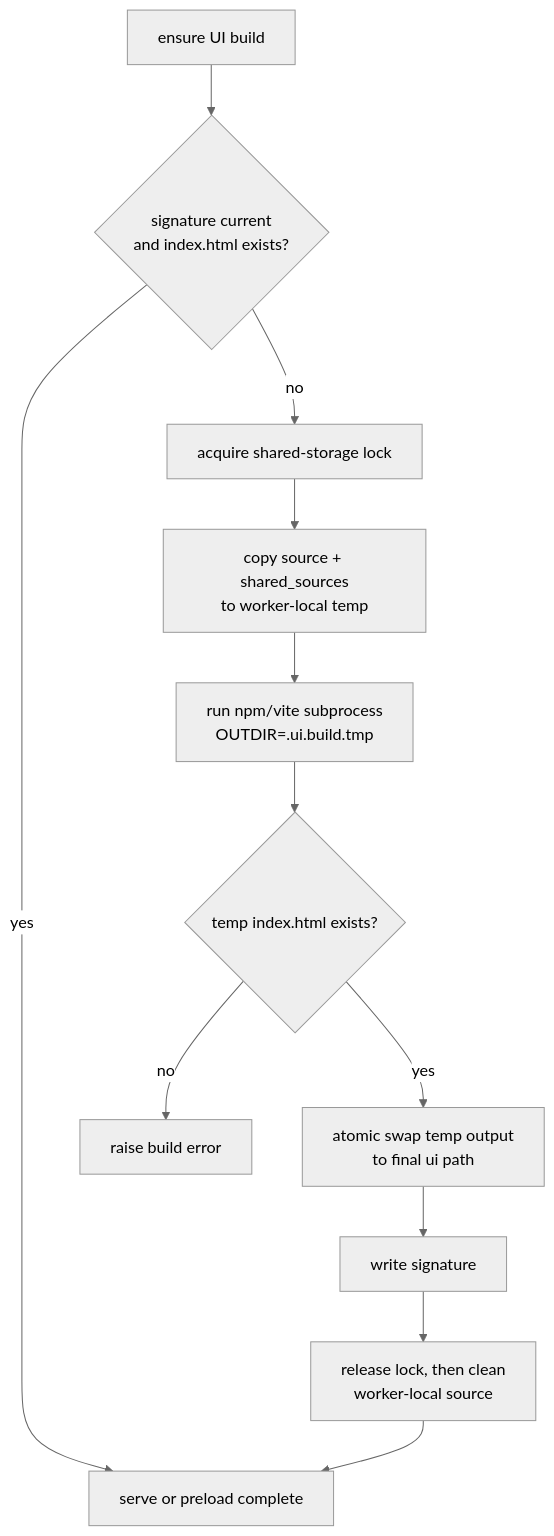
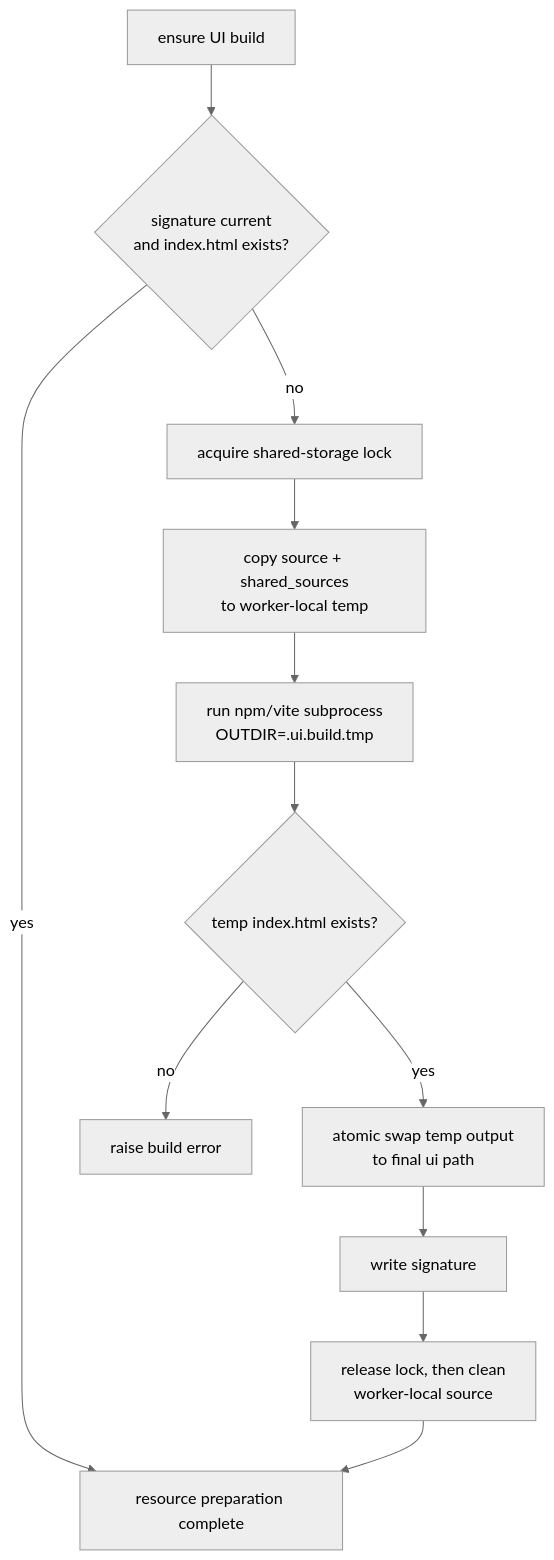
The third of 7 diagrams in app/ai-app/docs/sdk/bundle/ui-components-lifecycle-README.md (elenaviter/kdcube-ai-app), drawn with Mermaid (neutral theme) before and after one commit. The commit also changed other lines of this file and 51 other files, not shown here.

````diff
--- a/app/ai-app/docs/sdk/bundle/ui-components-lifecycle-README.md
+++ b/app/ai-app/docs/sdk/bundle/ui-components-lifecycle-README.md
@@ -243,26 +244,26 @@
 ```mermaid
 flowchart TD
   Start["ensure UI build"]
   SigCurrent{"signature current<br/>and index.html exists?"}
   Lock["acquire shared-storage lock"]
   Copy["copy source + shared_sources<br/>to worker-local temp"]
   Build["run npm/vite subprocess<br/>OUTDIR=.ui.build.tmp"]
   Valid{"temp index.html exists?"}
   Swap["atomic swap temp output<br/>to final ui path"]
   Sig["write signature"]
   Cleanup["release lock, then clean<br/>worker-local source"]
-  Done["serve or preload complete"]
+  Done["resource preparation complete"]
   Fail["raise build error"]
 
   Start --> SigCurrent
   SigCurrent -- yes --> Done
   SigCurrent -- no --> Lock
   Lock --> Copy
   Copy --> Build
   Build --> Valid
   Valid -- no --> Fail
   Valid -- yes --> Swap
   Swap --> Sig
   Sig --> Cleanup
   Cleanup --> Done
 ```
````
